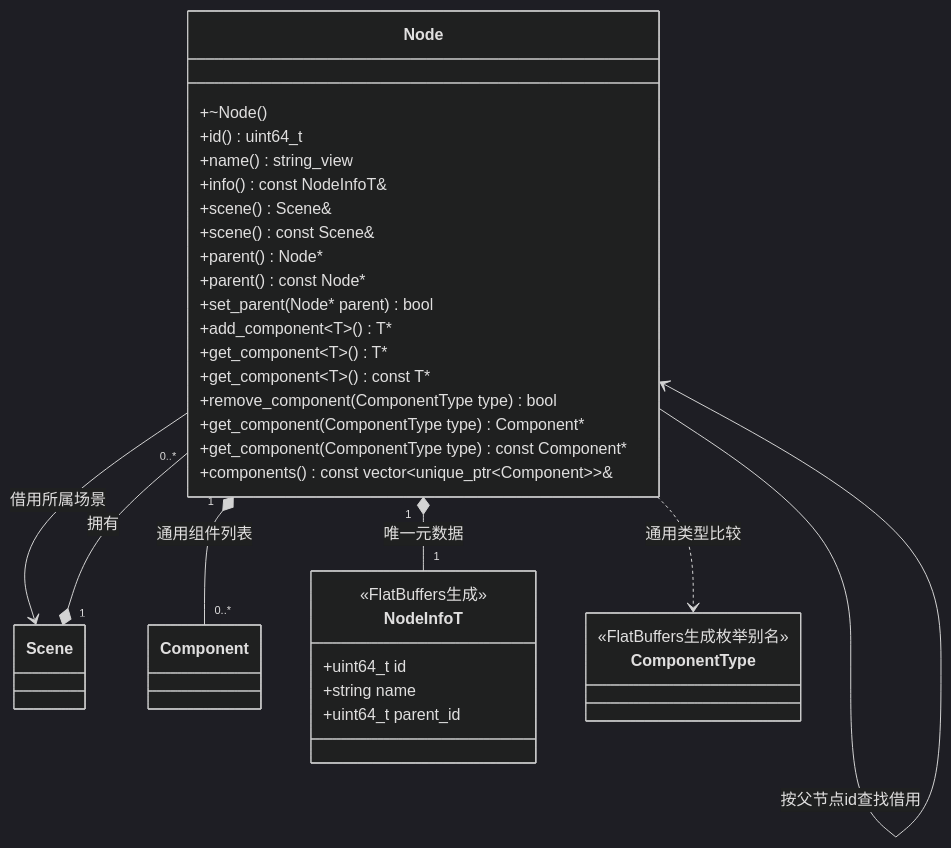
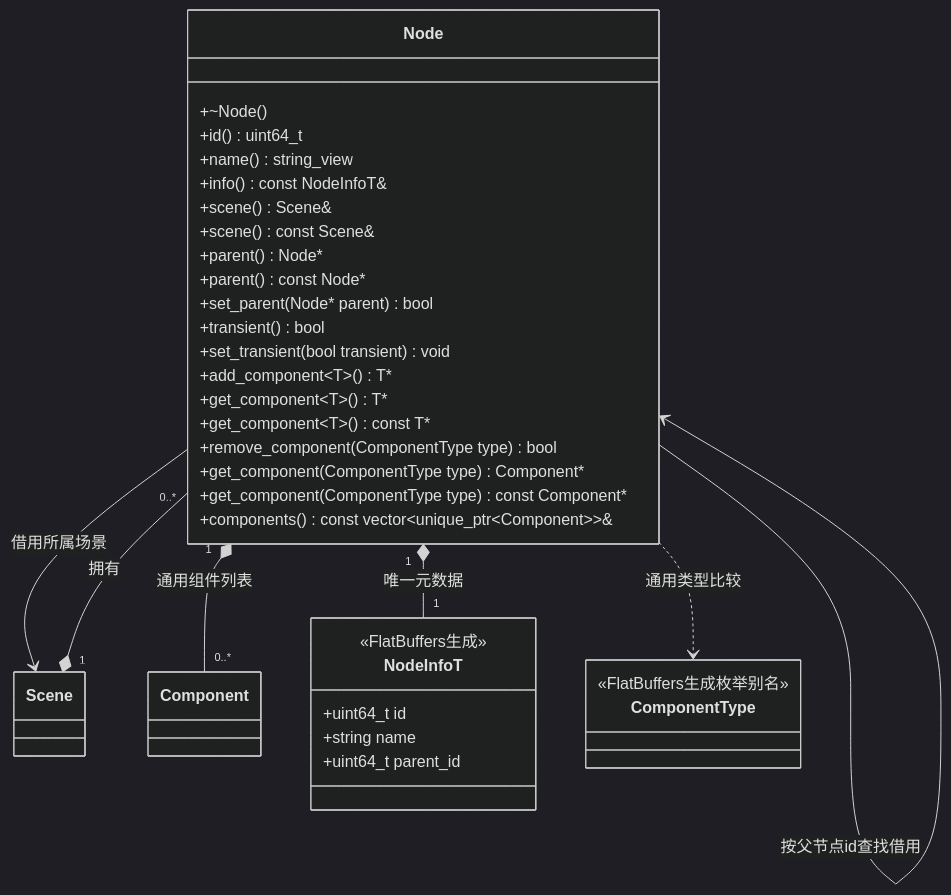
Before and after one commit to lcals/Engine: the diagram in docs/runtime/class-diagrams/node.md, drawn with Mermaid (dark theme). The commit also changed other lines of this file and 172 other files, not shown here.

````diff
--- a/docs/runtime/class-diagrams/node.md
+++ b/docs/runtime/class-diagrams/node.md
@@ -5,38 +5,40 @@
 ```mermaid
 classDiagram
     class Node {
         +~Node()
         +id() uint64_t
         +name() string_view
         +info() const NodeInfoT&
         +scene() Scene&
         +scene() const Scene&
         +parent() Node#42;
         +parent() const Node#42;
         +set_parent(Node#42; parent) bool
+        +transient() bool
+        +set_transient(bool transient) void
         +add_component~T~() T#42;
         +get_component~T~() T#42;
         +get_component~T~() const T#42;
         +remove_component(ComponentType type) bool
         +get_component(ComponentType type) Component#42;
         +get_component(ComponentType type) const Component#42;
         +components() const vector~unique_ptr~Component~~&
     }
     class Scene
     class Component
     class NodeInfoT {
         <<FlatBuffers生成>>
         +uint64_t id
         +string name
         +uint64_t parent_id
     }
     class ComponentType {
         <<FlatBuffers生成枚举别名>>
     }
     Scene "1" *-- "0..*" Node : 拥有
     Node --> Scene : 借用所属场景
     Node --> Node : 按父节点id查找借用
     Node "1" *-- "1" NodeInfoT : 唯一元数据
     Node "1" *-- "0..*" Component : 通用组件列表
     Node ..> ComponentType : 通用类型比较
 ```
````
